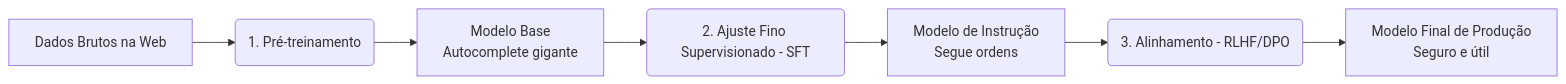
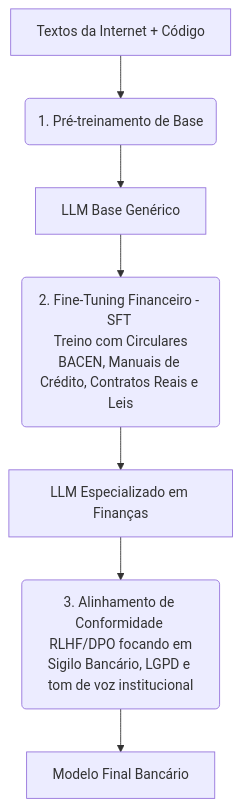
One commit to orlokfalcom/Treinando-uma-IA-de-Aprendizagem changed the diagram in resumos/llms-explicacao.md. Above: the diagram before and after it, drawn with Mermaid. The commit also changed other lines of this file and 8 other files, not shown here.

````diff
--- a/resumos/llms-explicacao.md
+++ b/resumos/llms-explicacao.md
@@ -11,9 +11,9 @@
 ```mermaid
-flowchart LR
-    A[Dados Brutos na Web] --> B(1. Pré-treinamento)
-    B --> C[Modelo Base <br> Autocomplete gigante]
-    C --> D(2. Ajuste Fino Supervisionado - SFT)
-    D --> E[Modelo de Instrução <br> Segue ordens]
-    E --> F(3. Alinhamento - RLHF/DPO)
-    F --> G[Modelo Final de Produção <br> Seguro e útil]
+flowchart TD
+    A[Textos da Internet + Código] --> B(1. Pré-treinamento de Base)
+    B --> C[LLM Base Genérico]
+    C --> D(2. Fine-Tuning Financeiro - SFT <br> Treino com Circulares BACEN, Manuais de Crédito, Contratos Reais e Leis)
+    D --> E[LLM Especializado em Finanças]
+    E --> F(3. Alinhamento de Conformidade <br> RLHF/DPO focando em Sigilo Bancário, LGPD e tom de voz institucional)
+    F --> G[Modelo Final Bancário]
 ```
````
